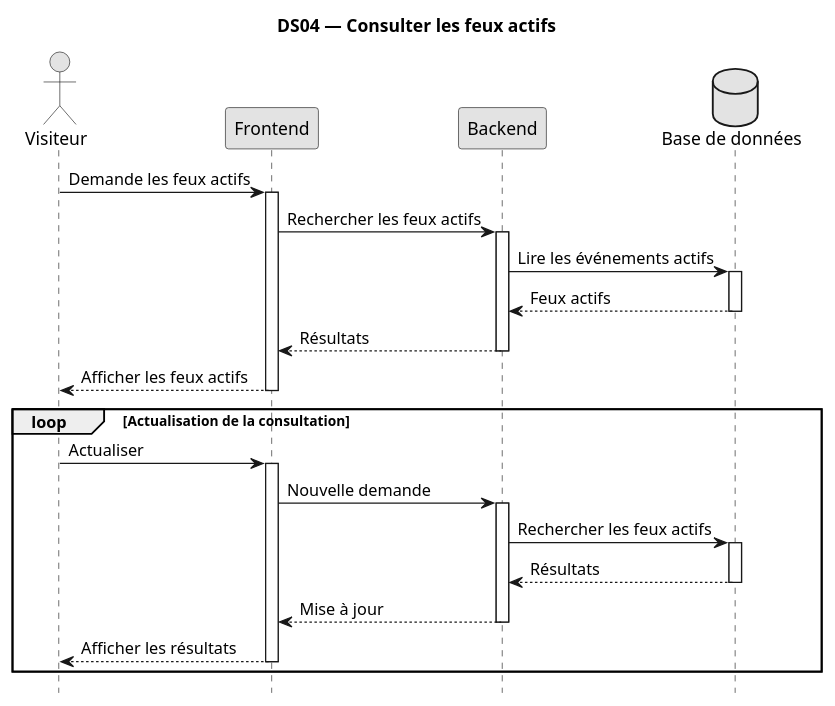
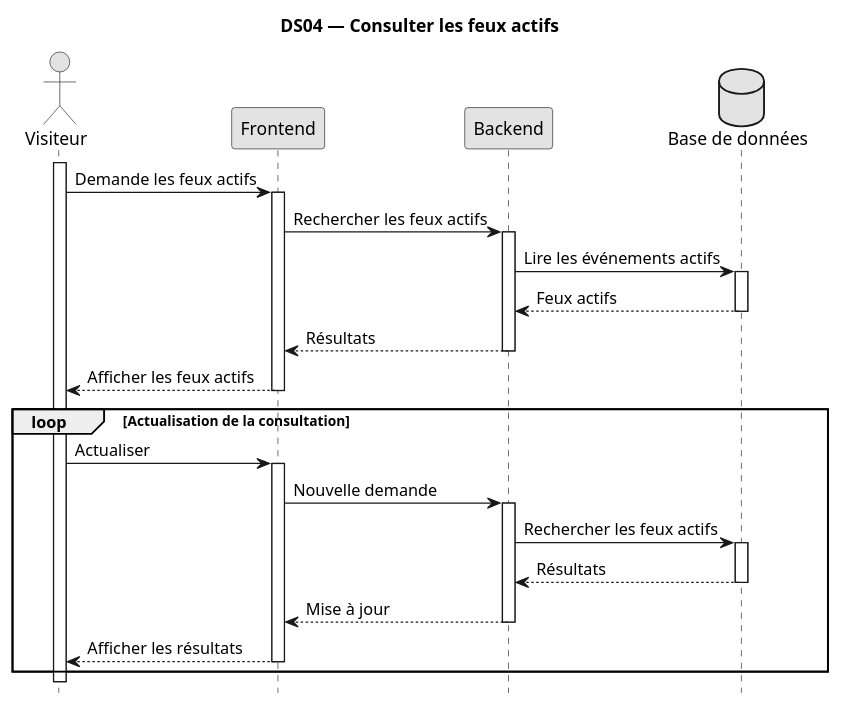
The diagram in UML_JeryMotro/DS04_Consulter_feux_actifs.plantuml (TkAbeleon/NoteAcemiqueProjetSoutenanceL3), drawn with PlantUML before and after one commit. The commit also changed 15 other files, not shown here.

```diff
--- a/UML_JeryMotro/DS04_Consulter_feux_actifs.plantuml
+++ b/UML_JeryMotro/DS04_Consulter_feux_actifs.plantuml
@@ -1,41 +1,42 @@
 @startuml
 skinparam monochrome true
 
 title DS04 — Consulter les feux actifs
 hide footbox
 skinparam shadowing false
 
 actor "Visiteur" as V
 participant "Frontend" as F
 participant "Backend" as B
 database "Base de données" as DB
 
+activate V
 V -> F : Demande les feux actifs
 activate F
 F -> B : Rechercher les feux actifs
 activate B
 B -> DB : Lire les événements actifs
 activate DB
 DB --> B : Feux actifs
 deactivate DB
 B --> F : Résultats
 deactivate B
 F --> V : Afficher les feux actifs
 deactivate F
 
 loop Actualisation de la consultation
     V -> F : Actualiser
     activate F
     F -> B : Nouvelle demande
     activate B
     B -> DB : Rechercher les feux actifs
     activate DB
     DB --> B : Résultats
     deactivate DB
     B --> F : Mise à jour
     deactivate B
     F --> V : Afficher les résultats
     deactivate F
 end
 
 @enduml
```
